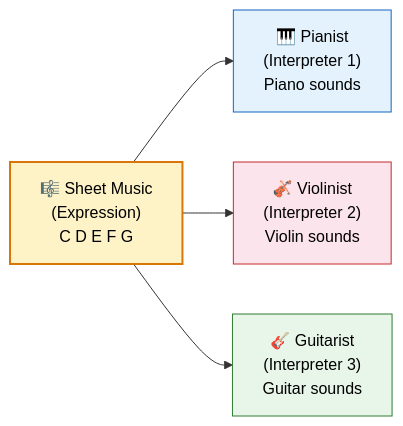
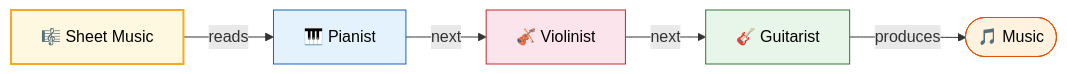
The first of 3 diagrams in docs/designpatterns/behaviouralDesignPatterns/Interpreter.md (saivamsikaruturi/vamsilabs-dev-notes-main), drawn with Mermaid before and after one commit. The commit also changed other lines of this file and 42 other files, not shown here.

````diff
--- a/docs/designpatterns/behaviouralDesignPatterns/Interpreter.md
+++ b/docs/designpatterns/behaviouralDesignPatterns/Interpreter.md
@@ -12,12 +12,13 @@
 ```mermaid
 flowchart LR
-    Score["🎼 Sheet Music<br/>(Expression)<br/>C D E F G"]
-    Score --> P["🎹 Pianist<br/>(Interpreter 1)<br/>Piano sounds"]
-    Score --> V["🎻 Violinist<br/>(Interpreter 2)<br/>Violin sounds"]
-    Score --> G["🎸 Guitarist<br/>(Interpreter 3)<br/>Guitar sounds"]
-    
-    style Score fill:#FEF3C7,stroke:#D97706,stroke-width:2px,color:#000
+    Score["🎼 Sheet Music"] -->|"reads"| P["🎹 Pianist"]
+    P -->|"next"| V["🎻 Violinist"]
+    V -->|"next"| G["🎸 Guitarist"]
+    G -->|"produces"| Sound(["🎵 Music"])
+
+    style Score fill:#FFF8E1,stroke:#F9A825,stroke-width:2px,color:#000
     style P fill:#E3F2FD,stroke:#1565C0,color:#000
     style V fill:#FCE4EC,stroke:#C62828,color:#000
     style G fill:#E8F5E9,stroke:#2E7D32,color:#000
+    style Sound fill:#FFF3E0,stroke:#E65100,color:#000
 ```
````
